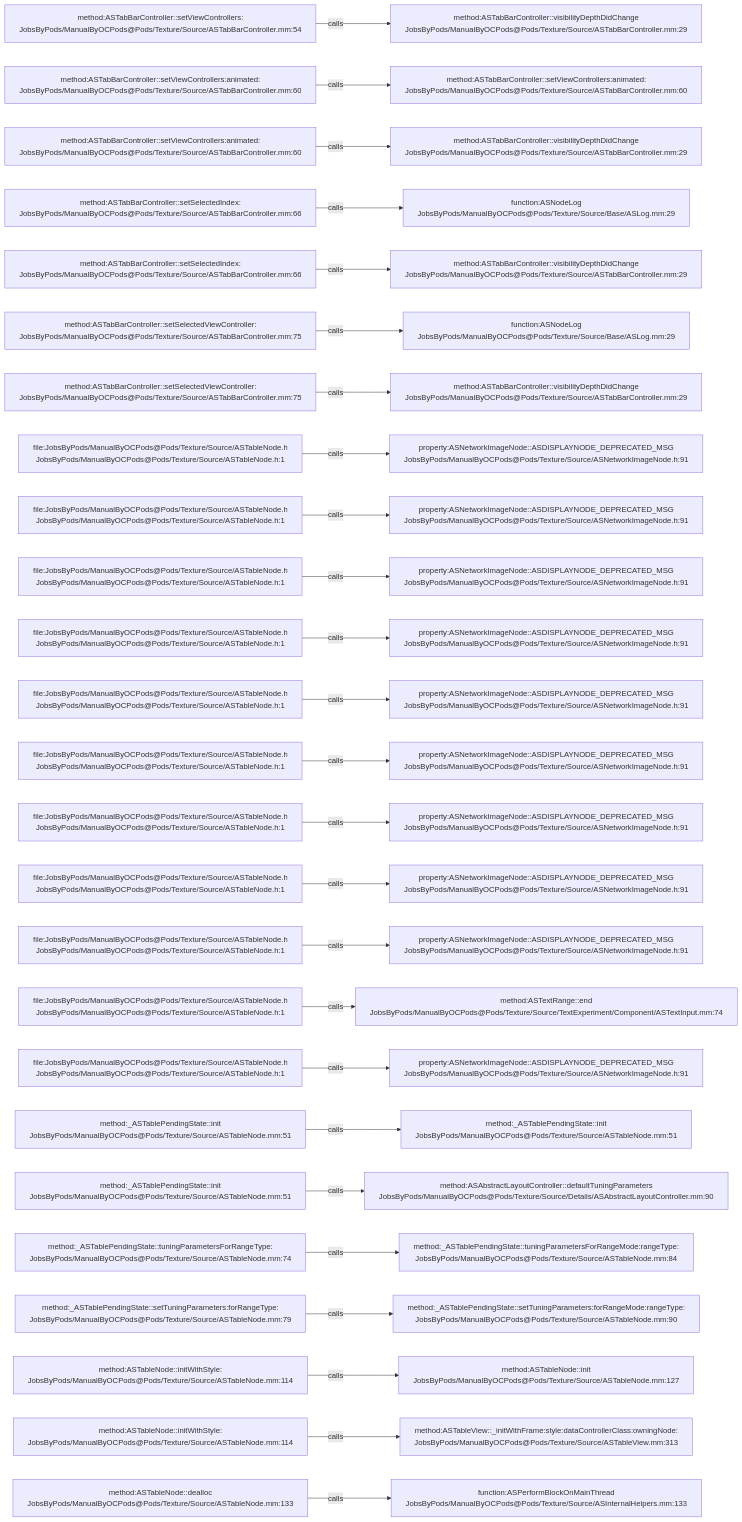
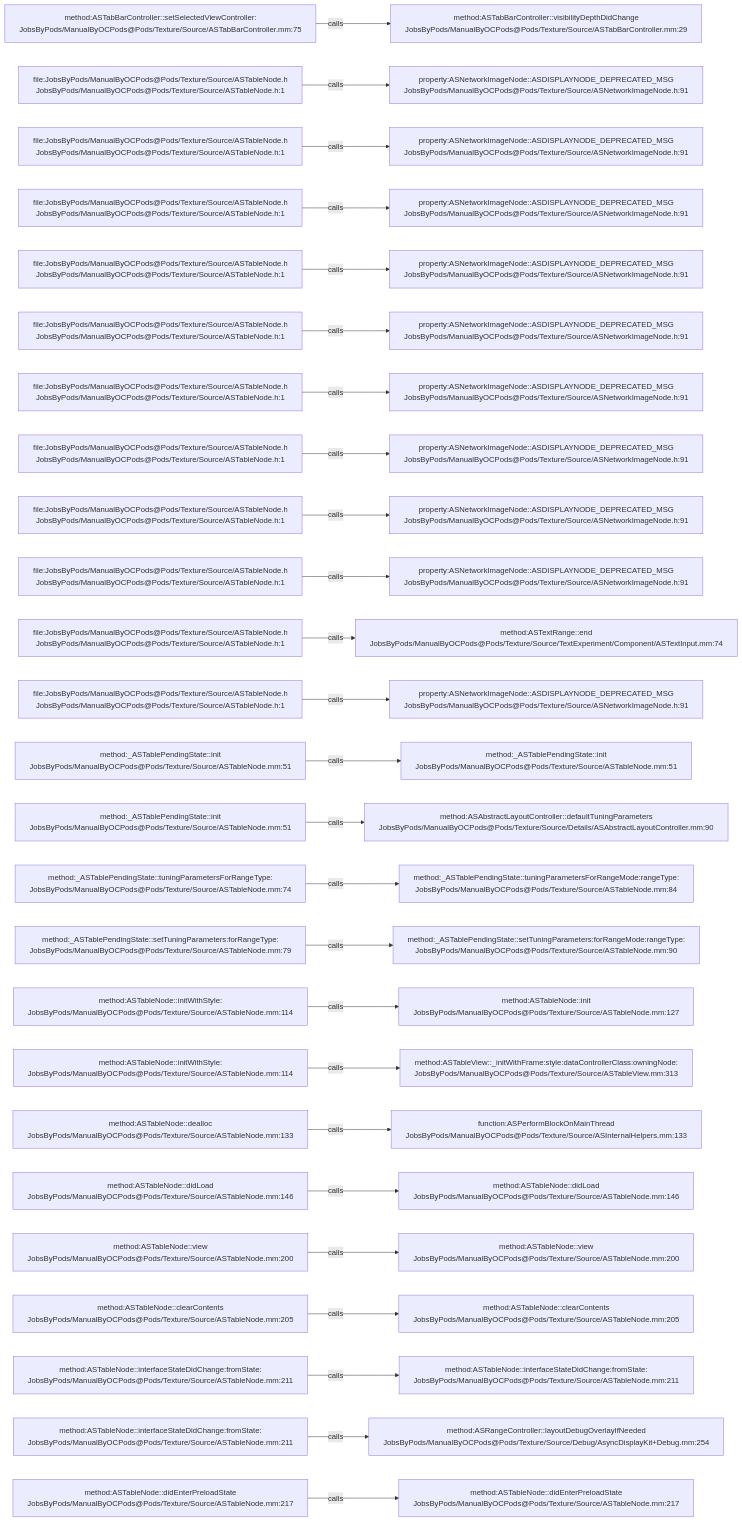
The diagram in .codegraph/codegraph.md/graphs/calls-114.md (JobsKits/JobsOCBaseConfigDemo), drawn with Mermaid before and after one commit. The commit also changed 666 other files, not shown here.

````diff
--- a/.codegraph/codegraph.md/graphs/calls-114.md
+++ b/.codegraph/codegraph.md/graphs/calls-114.md
@@ -13,78 +13,78 @@
 ```mermaid
 flowchart LR
-  S1["method:ASTabBarController::setViewControllers:<br/>JobsByPods/ManualByOCPods@Pods/Texture/Source/ASTabBarController.mm:54"]
+  S1["method:ASTabBarController::setSelectedViewController:<br/>JobsByPods/ManualByOCPods@Pods/Texture/Source/ASTabBarController.mm:75"]
   T1["method:ASTabBarController::visibilityDepthDidChange<br/>JobsByPods/ManualByOCPods@Pods/Texture/Source/ASTabBarController.mm:29"]
   S1 -->|calls| T1
-  S2["method:ASTabBarController::setViewControllers:animated:<br/>JobsByPods/ManualByOCPods@Pods/Texture/Source/ASTabBarController.mm:60"]
-  T2["method:ASTabBarController::setViewControllers:animated:<br/>JobsByPods/ManualByOCPods@Pods/Texture/Source/ASTabBarController.mm:60"]
+  S2["file:JobsByPods/ManualByOCPods@Pods/Texture/Source/ASTableNode.h<br/>JobsByPods/ManualByOCPods@Pods/Texture/Source/ASTableNode.h:1"]
+  T2["property:ASNetworkImageNode::ASDISPLAYNODE_DEPRECATED_MSG<br/>JobsByPods/ManualByOCPods@Pods/Texture/Source/ASNetworkImageNode.h:91"]
   S2 -->|calls| T2
-  S3["method:ASTabBarController::setViewControllers:animated:<br/>JobsByPods/ManualByOCPods@Pods/Texture/Source/ASTabBarController.mm:60"]
-  T3["method:ASTabBarController::visibilityDepthDidChange<br/>JobsByPods/ManualByOCPods@Pods/Texture/Source/ASTabBarController.mm:29"]
+  S3["file:JobsByPods/ManualByOCPods@Pods/Texture/Source/ASTableNode.h<br/>JobsByPods/ManualByOCPods@Pods/Texture/Source/ASTableNode.h:1"]
+  T3["property:ASNetworkImageNode::ASDISPLAYNODE_DEPRECATED_MSG<br/>JobsByPods/ManualByOCPods@Pods/Texture/Source/ASNetworkImageNode.h:91"]
   S3 -->|calls| T3
-  S4["method:ASTabBarController::setSelectedIndex:<br/>JobsByPods/ManualByOCPods@Pods/Texture/Source/ASTabBarController.mm:66"]
-  T4["function:ASNodeLog<br/>JobsByPods/ManualByOCPods@Pods/Texture/Source/Base/ASLog.mm:29"]
+  S4["file:JobsByPods/ManualByOCPods@Pods/Texture/Source/ASTableNode.h<br/>JobsByPods/ManualByOCPods@Pods/Texture/Source/ASTableNode.h:1"]
+  T4["property:ASNetworkImageNode::ASDISPLAYNODE_DEPRECATED_MSG<br/>JobsByPods/ManualByOCPods@Pods/Texture/Source/ASNetworkImageNode.h:91"]
   S4 -->|calls| T4
-  S5["method:ASTabBarController::setSelectedIndex:<br/>JobsByPods/ManualByOCPods@Pods/Texture/Source/ASTabBarController.mm:66"]
-  T5["method:ASTabBarController::visibilityDepthDidChange<br/>JobsByPods/ManualByOCPods@Pods/Texture/Source/ASTabBarController.mm:29"]
+  S5["file:JobsByPods/ManualByOCPods@Pods/Texture/Source/ASTableNode.h<br/>JobsByPods/ManualByOCPods@Pods/Texture/Source/ASTableNode.h:1"]
+  T5["property:ASNetworkImageNode::ASDISPLAYNODE_DEPRECATED_MSG<br/>JobsByPods/ManualByOCPods@Pods/Texture/Source/ASNetworkImageNode.h:91"]
   S5 -->|calls| T5
-  S6["method:ASTabBarController::setSelectedViewController:<br/>JobsByPods/ManualByOCPods@Pods/Texture/Source/ASTabBarController.mm:75"]
-  T6["function:ASNodeLog<br/>JobsByPods/ManualByOCPods@Pods/Texture/Source/Base/ASLog.mm:29"]
+  S6["file:JobsByPods/ManualByOCPods@Pods/Texture/Source/ASTableNode.h<br/>JobsByPods/ManualByOCPods@Pods/Texture/Source/ASTableNode.h:1"]
+  T6["property:ASNetworkImageNode::ASDISPLAYNODE_DEPRECATED_MSG<br/>JobsByPods/ManualByOCPods@Pods/Texture/Source/ASNetworkImageNode.h:91"]
   S6 -->|calls| T6
-  S7["method:ASTabBarController::setSelectedViewController:<br/>JobsByPods/ManualByOCPods@Pods/Texture/Source/ASTabBarController.mm:75"]
-  T7["method:ASTabBarController::visibilityDepthDidChange<br/>JobsByPods/ManualByOCPods@Pods/Texture/Source/ASTabBarController.mm:29"]
+  S7["file:JobsByPods/ManualByOCPods@Pods/Texture/Source/ASTableNode.h<br/>JobsByPods/ManualByOCPods@Pods/Texture/Source/ASTableNode.h:1"]
+  T7["property:ASNetworkImageNode::ASDISPLAYNODE_DEPRECATED_MSG<br/>JobsByPods/ManualByOCPods@Pods/Texture/Source/ASNetworkImageNode.h:91"]
   S7 -->|calls| T7
   S8["file:JobsByPods/ManualByOCPods@Pods/Texture/Source/ASTableNode.h<br/>JobsByPods/ManualByOCPods@Pods/Texture/Source/ASTableNode.h:1"]
   T8["property:ASNetworkImageNode::ASDISPLAYNODE_DEPRECATED_MSG<br/>JobsByPods/ManualByOCPods@Pods/Texture/Source/ASNetworkImageNode.h:91"]
   S8 -->|calls| T8
   S9["file:JobsByPods/ManualByOCPods@Pods/Texture/Source/ASTableNode.h<br/>JobsByPods/ManualByOCPods@Pods/Texture/Source/ASTableNode.h:1"]
   T9["property:ASNetworkImageNode::ASDISPLAYNODE_DEPRECATED_MSG<br/>JobsByPods/ManualByOCPods@Pods/Texture/Source/ASNetworkImageNode.h:91"]
   S9 -->|calls| T9
   S10["file:JobsByPods/ManualByOCPods@Pods/Texture/Source/ASTableNode.h<br/>JobsByPods/ManualByOCPods@Pods/Texture/Source/ASTableNode.h:1"]
   T10["property:ASNetworkImageNode::ASDISPLAYNODE_DEPRECATED_MSG<br/>JobsByPods/ManualByOCPods@Pods/Texture/Source/ASNetworkImageNode.h:91"]
   S10 -->|calls| T10
   S11["file:JobsByPods/ManualByOCPods@Pods/Texture/Source/ASTableNode.h<br/>JobsByPods/ManualByOCPods@Pods/Texture/Source/ASTableNode.h:1"]
-  T11["property:ASNetworkImageNode::ASDISPLAYNODE_DEPRECATED_MSG<br/>JobsByPods/ManualByOCPods@Pods/Texture/Source/ASNetworkImageNode.h:91"]
+  T11["method:ASTextRange::end<br/>JobsByPods/ManualByOCPods@Pods/Texture/Source/TextExperiment/Component/ASTextInput.mm:74"]
   S11 -->|calls| T11
   S12["file:JobsByPods/ManualByOCPods@Pods/Texture/Source/ASTableNode.h<br/>JobsByPods/ManualByOCPods@Pods/Texture/Source/ASTableNode.h:1"]
   T12["property:ASNetworkImageNode::ASDISPLAYNODE_DEPRECATED_MSG<br/>JobsByPods/ManualByOCPods@Pods/Texture/Source/ASNetworkImageNode.h:91"]
   S12 -->|calls| T12
-  S13["file:JobsByPods/ManualByOCPods@Pods/Texture/Source/ASTableNode.h<br/>JobsByPods/ManualByOCPods@Pods/Texture/Source/ASTableNode.h:1"]
-  T13["property:ASNetworkImageNode::ASDISPLAYNODE_DEPRECATED_MSG<br/>JobsByPods/ManualByOCPods@Pods/Texture/Source/ASNetworkImageNode.h:91"]
+  S13["method:_ASTablePendingState::init<br/>JobsByPods/ManualByOCPods@Pods/Texture/Source/ASTableNode.mm:51"]
+  T13["method:_ASTablePendingState::init<br/>JobsByPods/ManualByOCPods@Pods/Texture/Source/ASTableNode.mm:51"]
   S13 -->|calls| T13
-  S14["file:JobsByPods/ManualByOCPods@Pods/Texture/Source/ASTableNode.h<br/>JobsByPods/ManualByOCPods@Pods/Texture/Source/ASTableNode.h:1"]
-  T14["property:ASNetworkImageNode::ASDISPLAYNODE_DEPRECATED_MSG<br/>JobsByPods/ManualByOCPods@Pods/Texture/Source/ASNetworkImageNode.h:91"]
+  S14["method:_ASTablePendingState::init<br/>JobsByPods/ManualByOCPods@Pods/Texture/Source/ASTableNode.mm:51"]
+  T14["method:ASAbstractLayoutController::defaultTuningParameters<br/>JobsByPods/ManualByOCPods@Pods/Texture/Source/Details/ASAbstractLayoutController.mm:90"]
   S14 -->|calls| T14
-  S15["file:JobsByPods/ManualByOCPods@Pods/Texture/Source/ASTableNode.h<br/>JobsByPods/ManualByOCPods@Pods/Texture/Source/ASTableNode.h:1"]
-  T15["property:ASNetworkImageNode::ASDISPLAYNODE_DEPRECATED_MSG<br/>JobsByPods/ManualByOCPods@Pods/Texture/Source/ASNetworkImageNode.h:91"]
+  S15["method:_ASTablePendingState::tuningParametersForRangeType:<br/>JobsByPods/ManualByOCPods@Pods/Texture/Source/ASTableNode.mm:74"]
+  T15["method:_ASTablePendingState::tuningParametersForRangeMode:rangeType:<br/>JobsByPods/ManualByOCPods@Pods/Texture/Source/ASTableNode.mm:84"]
   S15 -->|calls| T15
-  S16["file:JobsByPods/ManualByOCPods@Pods/Texture/Source/ASTableNode.h<br/>JobsByPods/ManualByOCPods@Pods/Texture/Source/ASTableNode.h:1"]
-  T16["property:ASNetworkImageNode::ASDISPLAYNODE_DEPRECATED_MSG<br/>JobsByPods/ManualByOCPods@Pods/Texture/Source/ASNetworkImageNode.h:91"]
+  S16["method:_ASTablePendingState::setTuningParameters:forRangeType:<br/>JobsByPods/ManualByOCPods@Pods/Texture/Source/ASTableNode.mm:79"]
+  T16["method:_ASTablePendingState::setTuningParameters:forRangeMode:rangeType:<br/>JobsByPods/ManualByOCPods@Pods/Texture/Source/ASTableNode.mm:90"]
   S16 -->|calls| T16
-  S17["file:JobsByPods/ManualByOCPods@Pods/Texture/Source/ASTableNode.h<br/>JobsByPods/ManualByOCPods@Pods/Texture/Source/ASTableNode.h:1"]
-  T17["method:ASTextRange::end<br/>JobsByPods/ManualByOCPods@Pods/Texture/Source/TextExperiment/Component/ASTextInput.mm:74"]
+  S17["method:ASTableNode::initWithStyle:<br/>JobsByPods/ManualByOCPods@Pods/Texture/Source/ASTableNode.mm:114"]
+  T17["method:ASTableNode::init<br/>JobsByPods/ManualByOCPods@Pods/Texture/Source/ASTableNode.mm:127"]
   S17 -->|calls| T17
-  S18["file:JobsByPods/ManualByOCPods@Pods/Texture/Source/ASTableNode.h<br/>JobsByPods/ManualByOCPods@Pods/Texture/Source/ASTableNode.h:1"]
-  T18["property:ASNetworkImageNode::ASDISPLAYNODE_DEPRECATED_MSG<br/>JobsByPods/ManualByOCPods@Pods/Texture/Source/ASNetworkImageNode.h:91"]
+  S18["method:ASTableNode::initWithStyle:<br/>JobsByPods/ManualByOCPods@Pods/Texture/Source/ASTableNode.mm:114"]
+  T18["method:ASTableView::_initWithFrame:style:dataControllerClass:owningNode:<br/>JobsByPods/ManualByOCPods@Pods/Texture/Source/ASTableView.mm:313"]
   S18 -->|calls| T18
-  S19["method:_ASTablePendingState::init<br/>JobsByPods/ManualByOCPods@Pods/Texture/Source/ASTableNode.mm:51"]
-  T19["method:_ASTablePendingState::init<br/>JobsByPods/ManualByOCPods@Pods/Texture/Source/ASTableNode.mm:51"]
+  S19["method:ASTableNode::dealloc<br/>JobsByPods/ManualByOCPods@Pods/Texture/Source/ASTableNode.mm:133"]
+  T19["function:ASPerformBlockOnMainThread<br/>JobsByPods/ManualByOCPods@Pods/Texture/Source/ASInternalHelpers.mm:133"]
   S19 -->|calls| T19
-  S20["method:_ASTablePendingState::init<br/>JobsByPods/ManualByOCPods@Pods/Texture/Source/ASTableNode.mm:51"]
-  T20["method:ASAbstractLayoutController::defaultTuningParameters<br/>JobsByPods/ManualByOCPods@Pods/Texture/Source/Details/ASAbstractLayoutController.mm:90"]
+  S20["method:ASTableNode::didLoad<br/>JobsByPods/ManualByOCPods@Pods/Texture/Source/ASTableNode.mm:146"]
+  T20["method:ASTableNode::didLoad<br/>JobsByPods/ManualByOCPods@Pods/Texture/Source/ASTableNode.mm:146"]
   S20 -->|calls| T20
-  S21["method:_ASTablePendingState::tuningParametersForRangeType:<br/>JobsByPods/ManualByOCPods@Pods/Texture/Source/ASTableNode.mm:74"]
-  T21["method:_ASTablePendingState::tuningParametersForRangeMode:rangeType:<br/>JobsByPods/ManualByOCPods@Pods/Texture/Source/ASTableNode.mm:84"]
+  S21["method:ASTableNode::view<br/>JobsByPods/ManualByOCPods@Pods/Texture/Source/ASTableNode.mm:200"]
+  T21["method:ASTableNode::view<br/>JobsByPods/ManualByOCPods@Pods/Texture/Source/ASTableNode.mm:200"]
   S21 -->|calls| T21
-  S22["method:_ASTablePendingState::setTuningParameters:forRangeType:<br/>JobsByPods/ManualByOCPods@Pods/Texture/Source/ASTableNode.mm:79"]
-  T22["method:_ASTablePendingState::setTuningParameters:forRangeMode:rangeType:<br/>JobsByPods/ManualByOCPods@Pods/Texture/Source/ASTableNode.mm:90"]
+  S22["method:ASTableNode::clearContents<br/>JobsByPods/ManualByOCPods@Pods/Texture/Source/ASTableNode.mm:205"]
+  T22["method:ASTableNode::clearContents<br/>JobsByPods/ManualByOCPods@Pods/Texture/Source/ASTableNode.mm:205"]
   S22 -->|calls| T22
-  S23["method:ASTableNode::initWithStyle:<br/>JobsByPods/ManualByOCPods@Pods/Texture/Source/ASTableNode.mm:114"]
-  T23["method:ASTableNode::init<br/>JobsByPods/ManualByOCPods@Pods/Texture/Source/ASTableNode.mm:127"]
+  S23["method:ASTableNode::interfaceStateDidChange:fromState:<br/>JobsByPods/ManualByOCPods@Pods/Texture/Source/ASTableNode.mm:211"]
+  T23["method:ASTableNode::interfaceStateDidChange:fromState:<br/>JobsByPods/ManualByOCPods@Pods/Texture/Source/ASTableNode.mm:211"]
   S23 -->|calls| T23
-  S24["method:ASTableNode::initWithStyle:<br/>JobsByPods/ManualByOCPods@Pods/Texture/Source/ASTableNode.mm:114"]
-  T24["method:ASTableView::_initWithFrame:style:dataControllerClass:owningNode:<br/>JobsByPods/ManualByOCPods@Pods/Texture/Source/ASTableView.mm:313"]
+  S24["method:ASTableNode::interfaceStateDidChange:fromState:<br/>JobsByPods/ManualByOCPods@Pods/Texture/Source/ASTableNode.mm:211"]
+  T24["method:ASRangeController::layoutDebugOverlayIfNeeded<br/>JobsByPods/ManualByOCPods@Pods/Texture/Source/Debug/AsyncDisplayKit+Debug.mm:254"]
   S24 -->|calls| T24
-  S25["method:ASTableNode::dealloc<br/>JobsByPods/ManualByOCPods@Pods/Texture/Source/ASTableNode.mm:133"]
-  T25["function:ASPerformBlockOnMainThread<br/>JobsByPods/ManualByOCPods@Pods/Texture/Source/ASInternalHelpers.mm:133"]
+  S25["method:ASTableNode::didEnterPreloadState<br/>JobsByPods/ManualByOCPods@Pods/Texture/Source/ASTableNode.mm:217"]
+  T25["method:ASTableNode::didEnterPreloadState<br/>JobsByPods/ManualByOCPods@Pods/Texture/Source/ASTableNode.mm:217"]
   S25 -->|calls| T25
 ```
````
